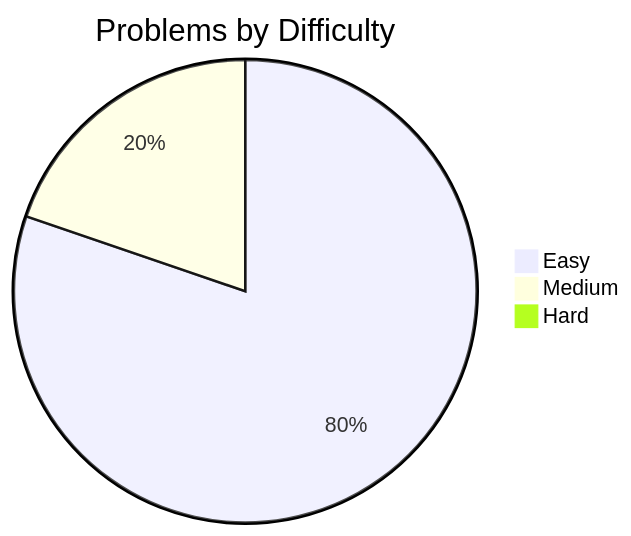
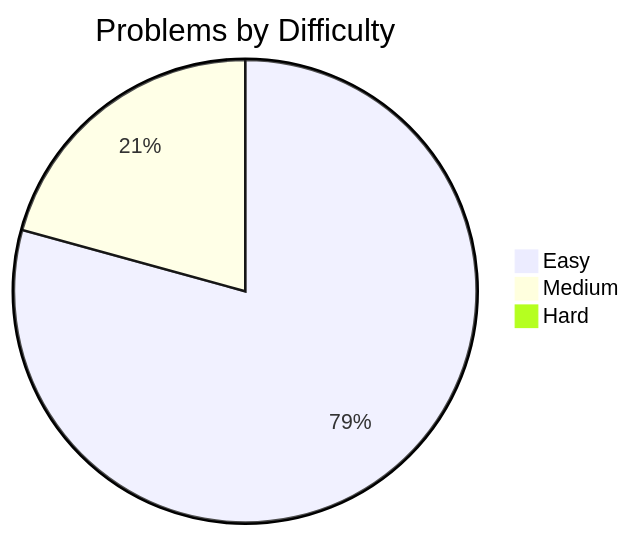
One commit to davelin18yufan/leetcode-journal changed the diagram in README.md. Above: the diagram before and after it, drawn with Mermaid. The commit also changed other lines of this file and 4 other files, not shown here.

````diff
--- a/README.md
+++ b/README.md
@@ -7,7 +7,7 @@
 ```mermaid
 pie
     title Problems by Difficulty
     "Easy" : 65
-    "Medium" : 16
+    "Medium" : 17
     "Hard" : 0
 ```
````
